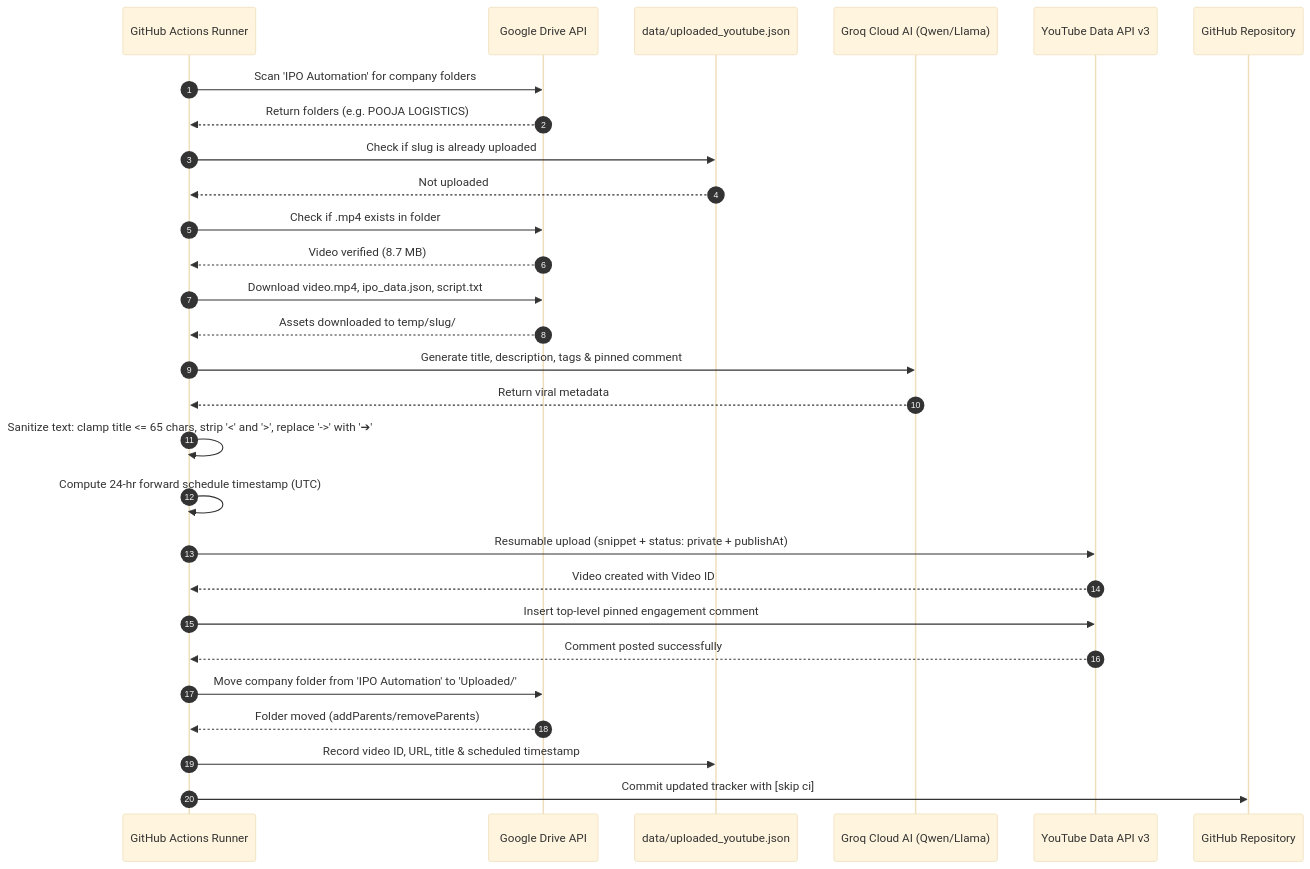
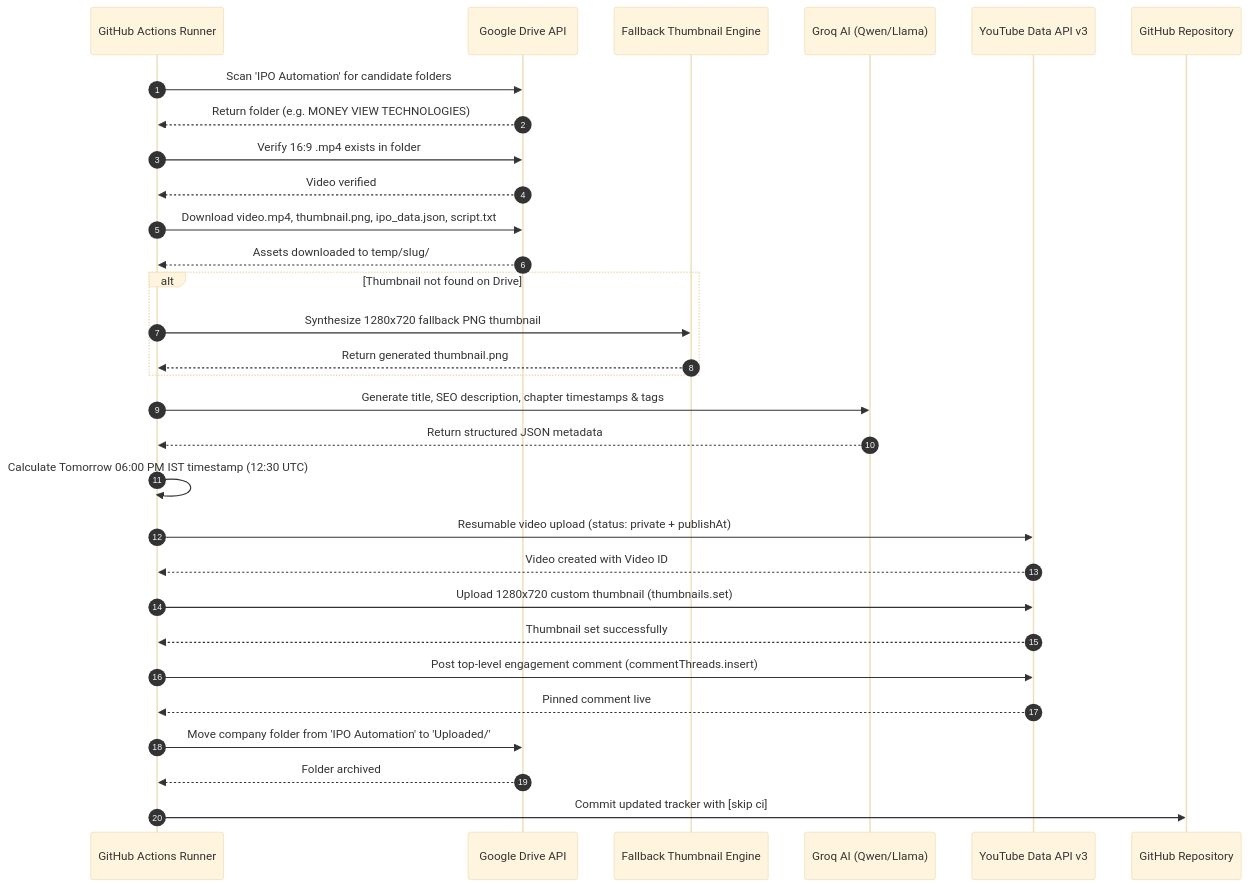
The second of 2 diagrams in README.md (rajnishkumar13500/yt-schedular-full-length), drawn with Mermaid (base theme) before and after one commit. The commit also changed other lines of this file, not shown here.

Commit message:
docs: fix Mermaid syntax, math delimiters, and update for full-length scheduler

````diff
--- a/README.md
+++ b/README.md
@@ -58,40 +62,43 @@
 ```mermaid
 sequenceDiagram
     autonumber
     participant GHA as GitHub Actions Runner
     participant Drive as Google Drive API
-    participant Tracker as data/uploaded_youtube.json
-    participant Groq as Groq Cloud AI (Qwen/Llama)
+    participant Sharp as Fallback Thumbnail Engine
+    participant Groq as Groq AI (Qwen/Llama)
     participant YouTube as YouTube Data API v3
     participant Git as GitHub Repository
 
-    GHA->>Drive: Scan 'IPO Automation' for company folders
-    Drive-->>GHA: Return folders (e.g. POOJA LOGISTICS)
+    GHA->>Drive: Scan 'IPO Automation' for candidate folders
+    Drive-->>GHA: Return folder (e.g. MONEY VIEW TECHNOLOGIES)
     
-    GHA->>Tracker: Check if slug is already uploaded
-    Tracker-->>GHA: Not uploaded
+    GHA->>Drive: Verify 16:9 .mp4 exists in folder
+    Drive-->>GHA: Video verified
     
-    GHA->>Drive: Check if .mp4 exists in folder
-    Drive-->>GHA: Video verified (8.7 MB)
-    
-    GHA->>Drive: Download video.mp4, ipo_data.json, script.txt
+    GHA->>Drive: Download video.mp4, thumbnail.png, ipo_data.json, script.txt
     Drive-->>GHA: Assets downloaded to temp/slug/
     
-    GHA->>Groq: Generate title, description, tags & pinned comment
-    Groq-->>GHA: Return viral metadata
+    alt Thumbnail not found on Drive
+        GHA->>Sharp: Synthesize 1280x720 fallback PNG thumbnail
+        Sharp-->>GHA: Return generated thumbnail.png
+    end
     
-    GHA->>GHA: Sanitize text: clamp title <= 65 chars, strip '<' and '>', replace '->' with '➔'
-    GHA->>GHA: Compute 24-hr forward schedule timestamp (UTC)
+    GHA->>Groq: Generate title, SEO description, chapter timestamps & tags
+    Groq-->>GHA: Return structured JSON metadata
     
-    GHA->>YouTube: Resumable upload (snippet + status: private + publishAt)
+    GHA->>GHA: Calculate Tomorrow 06:00 PM IST timestamp (12:30 UTC)
+    
+    GHA->>YouTube: Resumable video upload (status: private + publishAt)
     YouTube-->>GHA: Video created with Video ID
     
-    GHA->>YouTube: Insert top-level pinned engagement comment
-    YouTube-->>GHA: Comment posted successfully
+    GHA->>YouTube: Upload 1280x720 custom thumbnail (thumbnails.set)
+    YouTube-->>GHA: Thumbnail set successfully
+    
+    GHA->>YouTube: Post top-level engagement comment (commentThreads.insert)
+    YouTube-->>GHA: Pinned comment live
     
     GHA->>Drive: Move company folder from 'IPO Automation' to 'Uploaded/'
-    Drive-->>GHA: Folder moved (addParents/removeParents)
+    Drive-->>GHA: Folder archived
     
-    GHA->>Tracker: Record video ID, URL, title & scheduled timestamp
     GHA->>Git: Commit updated tracker with [skip ci]
 ```
````
